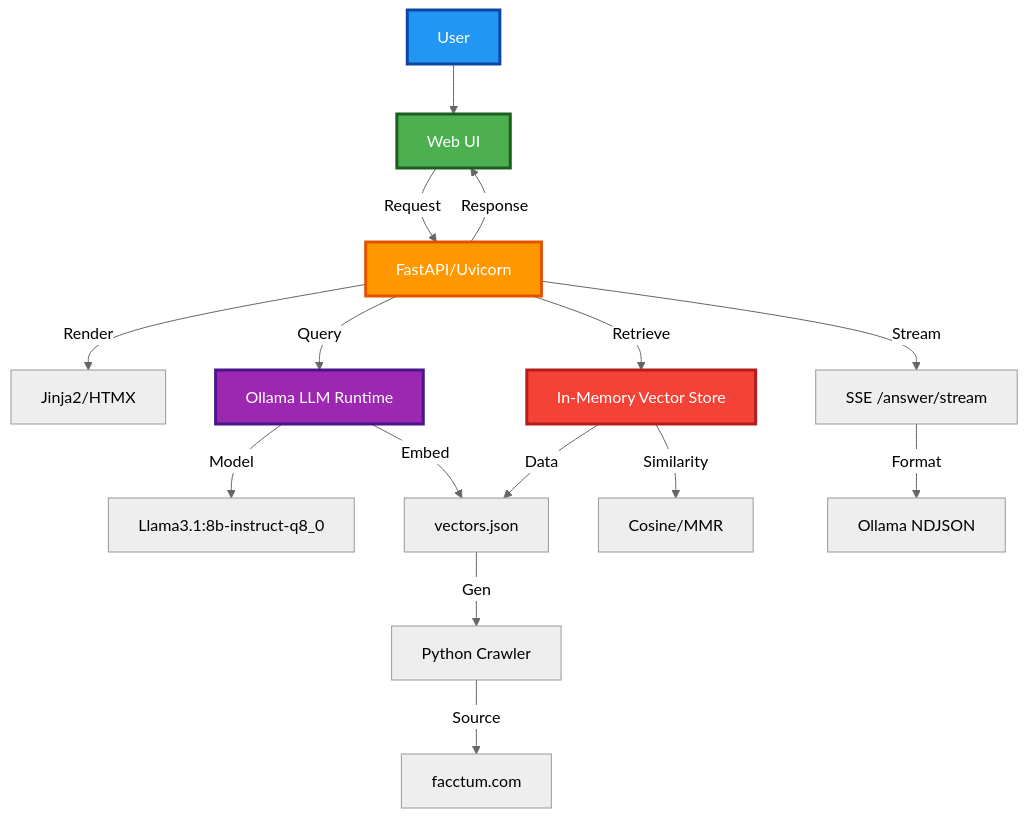
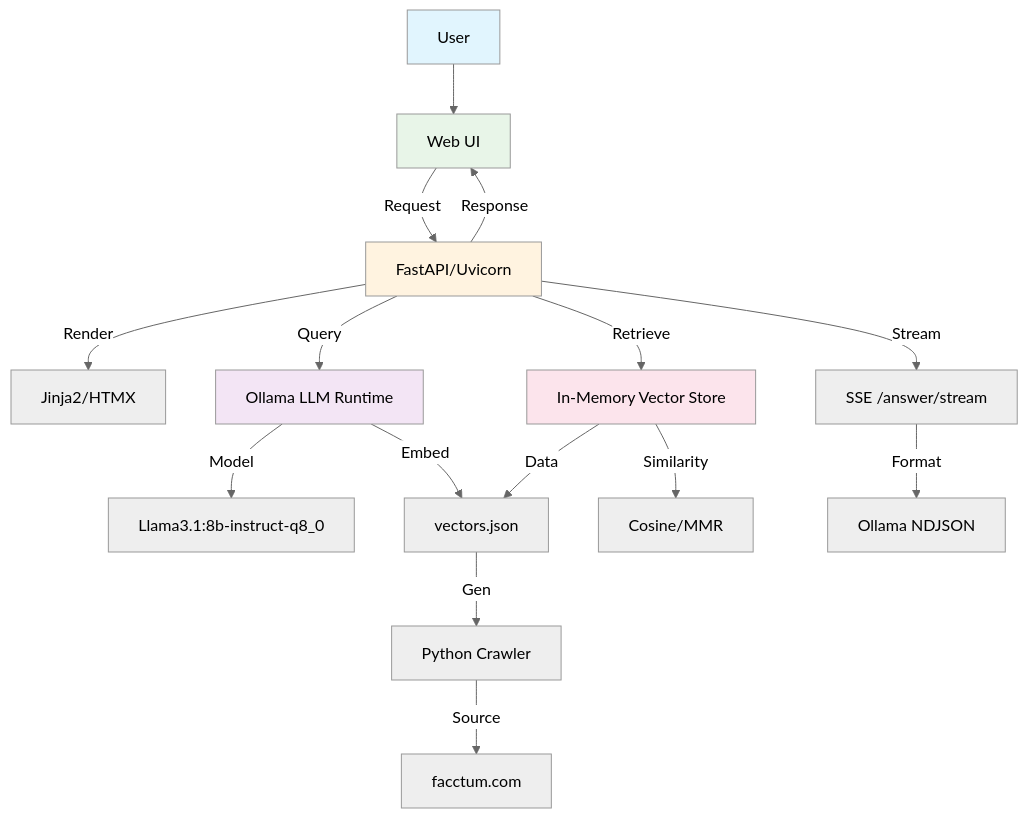
The diagram in Flowchart.md (devraj21/em-ai-lyze), drawn with Mermaid (neutral theme) before and after one commit.

````diff
--- a/Flowchart.md
+++ b/Flowchart.md
@@ -3,26 +3,26 @@
 ```mermaid
 flowchart TD
     A[User] --> B[Web UI]
     B -->|Request| C[FastAPI/Uvicorn]
     C -->|Response| B
-    
+
     C -->|Render| D[Jinja2/HTMX]
     C -->|Query| E[Ollama LLM Runtime]
     C -->|Retrieve| F[In-Memory Vector Store]
     C -->|Stream| G[SSE /answer/stream]
-    
+
     E -->|Model| H[Llama3.1:8b-instruct-q8_0]
     E -->|Embed| I[vectors.json]
     F -->|Data| I
     F -->|Similarity| J[Cosine/MMR]
     G -->|Format| K[Ollama NDJSON]
-    
+
     I -->|Gen| L[Python Crawler]
     L -->|Source| M[facctum.com]
-    
-    style A fill:#2196f3,stroke:#0d47a1,stroke-width:3px,color:#ffffff
-    style B fill:#4caf50,stroke:#1b5e20,stroke-width:3px,color:#ffffff
-    style C fill:#ff9800,stroke:#e65100,stroke-width:3px,color:#ffffff
-    style E fill:#9c27b0,stroke:#4a148c,stroke-width:3px,color:#ffffff
-    style F fill:#f44336,stroke:#b71c1c,stroke-width:3px,color:#ffffff
+
+    style A fill:#e1f5fe
+    style B fill:#e8f5e8
+    style C fill:#fff3e0
+    style E fill:#f3e5f5
+    style F fill:#fce4ec
 ```
````
